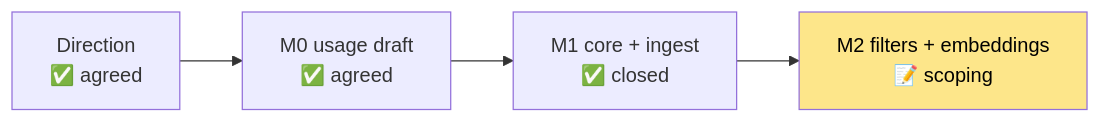
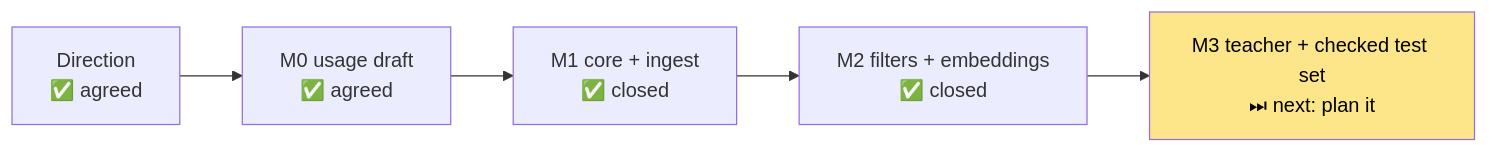
One commit to cupcakes04/Rin changed the diagram in dev/notes/state.md. Above: the diagram before and after it, drawn with Mermaid. The commit also changed other lines of this file and 38 other files, not shown here.

````diff
--- a/dev/notes/state.md
+++ b/dev/notes/state.md
@@ -9,5 +9,5 @@
 ```mermaid
 flowchart LR
-    A["Direction<br/>✅ agreed"] --> D["M0 usage draft<br/>✅ agreed"] --> E["M1 core + ingest<br/>✅ closed"] --> F["M2 filters + embeddings<br/>📝 scoping"]
-    style F fill:#fde68a,color:#000
+    A["Direction<br/>✅ agreed"] --> D["M0 usage draft<br/>✅ agreed"] --> E["M1 core + ingest<br/>✅ closed"] --> F["M2 filters + embeddings<br/>✅ closed"] --> G["M3 teacher + checked test set<br/>⏭ next: plan it"]
+    style G fill:#fde68a,color:#000
 ```
````
